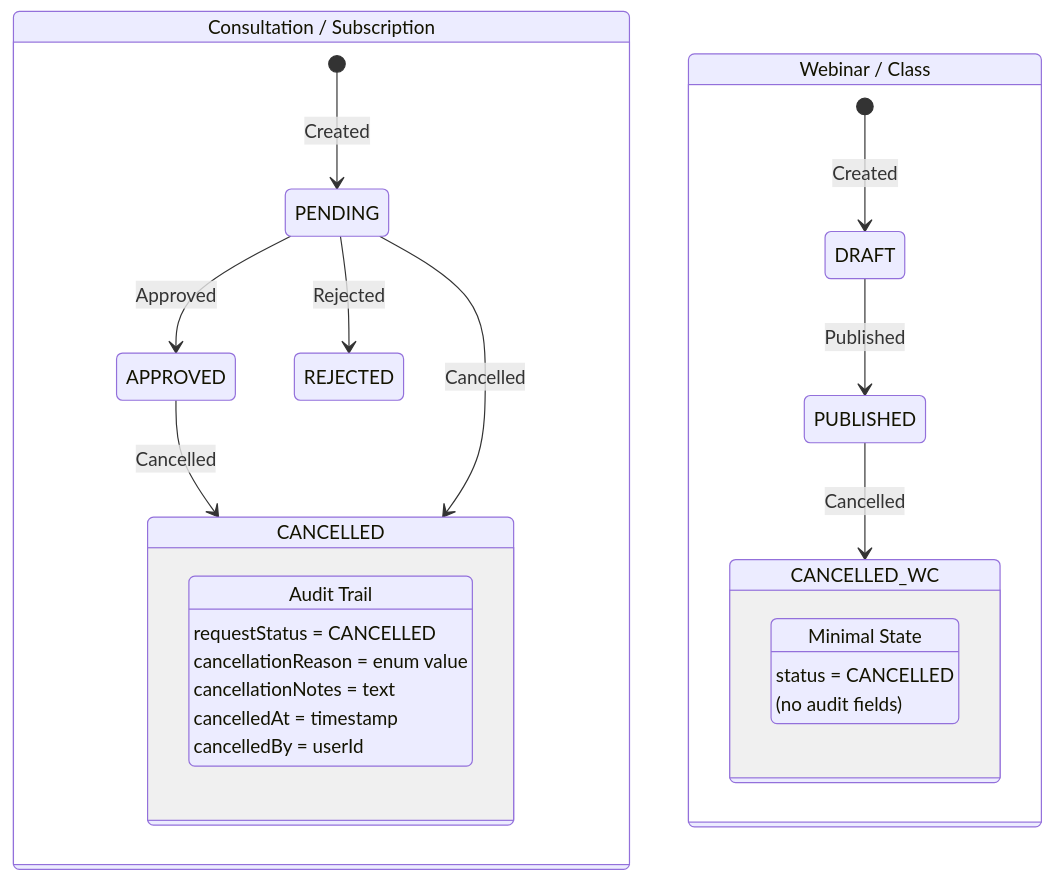
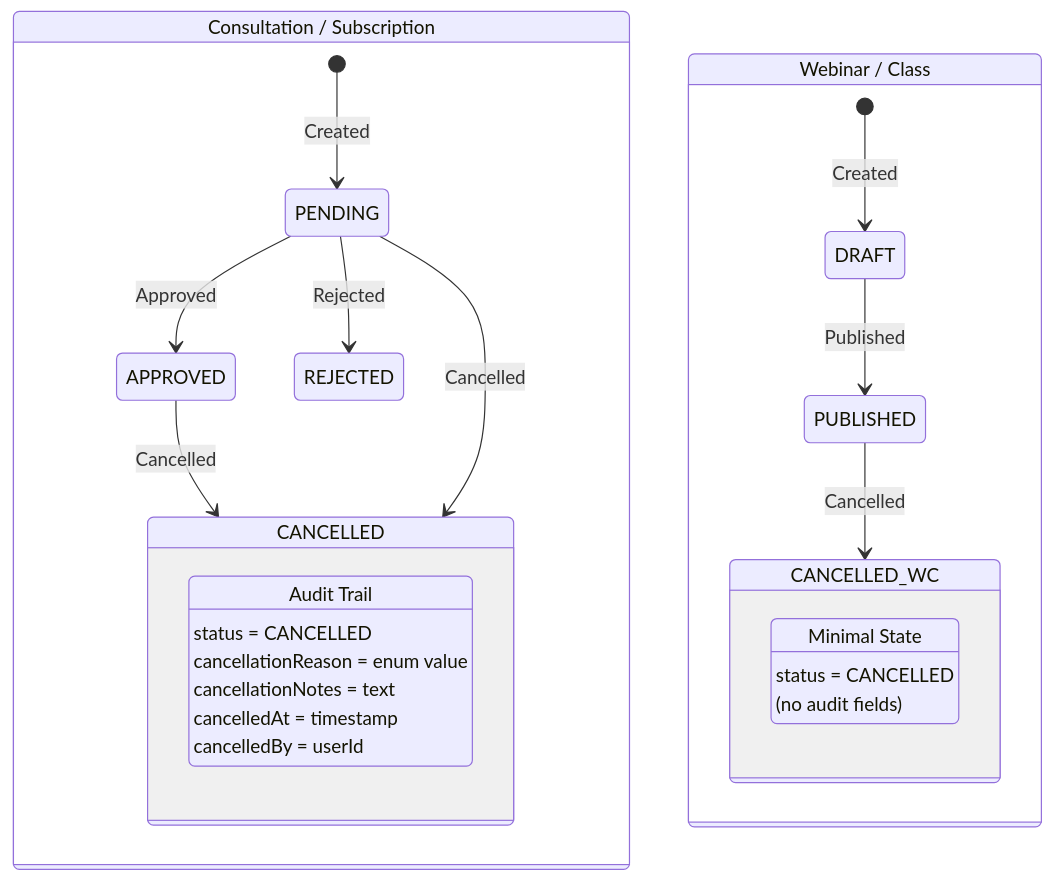
The seventh of 15 diagrams in docs/booking/08-cancellation-flow.md (Practitionist/familiarise_web), drawn with Mermaid before and after one commit. The commit also changed other lines of this file and 56 other files, not shown here.

````diff
--- a/docs/booking/08-cancellation-flow.md
+++ b/docs/booking/08-cancellation-flow.md
@@ -687,31 +687,31 @@
 ```mermaid
 stateDiagram-v2
     state "Consultation / Subscription" as CS {
         [*] --> PENDING: Created
         PENDING --> APPROVED: Approved
         APPROVED --> CANCELLED: Cancelled
         PENDING --> CANCELLED: Cancelled
         PENDING --> REJECTED: Rejected
 
         state CANCELLED {
             state "Audit Trail" as AT
-            AT: requestStatus = CANCELLED
+            AT: status = CANCELLED
             AT: cancellationReason = enum value
             AT: cancellationNotes = text
             AT: cancelledAt = timestamp
             AT: cancelledBy = userId
         }
     }
 
     state "Webinar / Class" as WC {
         [*] --> DRAFT: Created
         DRAFT --> PUBLISHED: Published
         PUBLISHED --> CANCELLED_WC: Cancelled
 
         state CANCELLED_WC {
             state "Minimal State" as MS
             MS: status = CANCELLED
             MS: (no audit fields)
         }
     }
 ```
````
